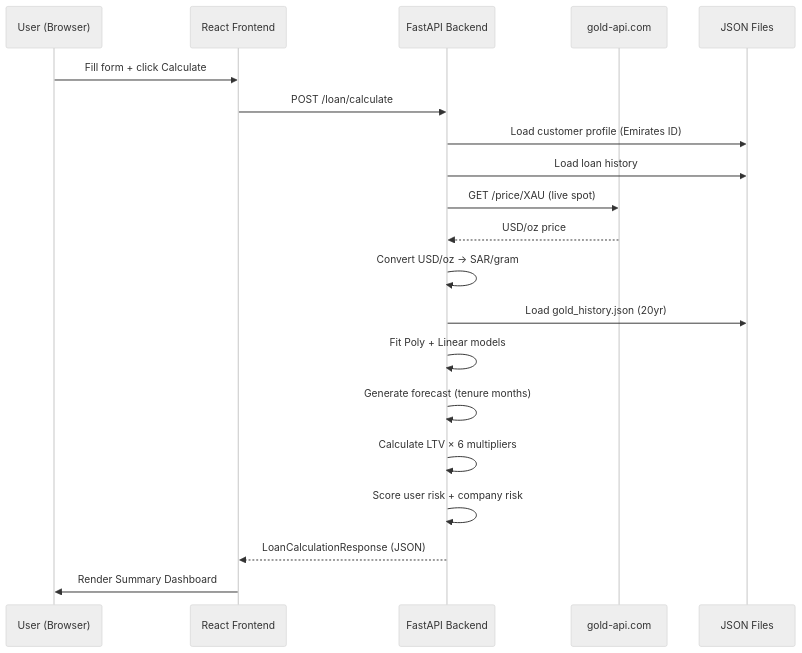
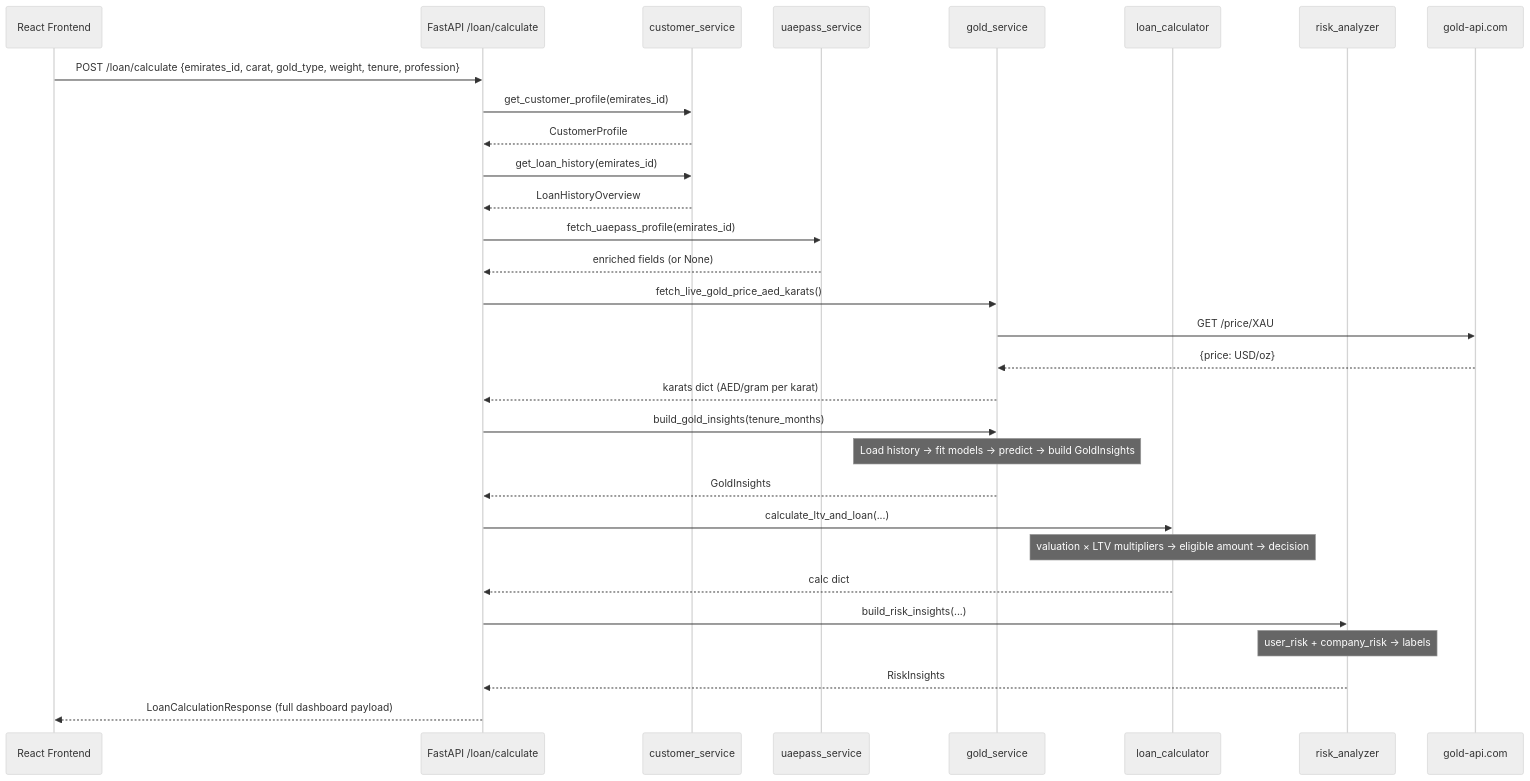
Before and after one commit to ManishKhulbe/GOLD-LTV-AI-calculator: the second of 4 diagrams in docs/ARCHITECTURE.md, drawn with Mermaid (neutral theme). The commit also changed other lines of this file and 9 other files, not shown here.

````diff
--- a/docs/ARCHITECTURE.md
+++ b/docs/ARCHITECTURE.md
@@ -118,23 +136,41 @@
 ```mermaid
 sequenceDiagram
-    participant U as User (Browser)
     participant FE as React Frontend
-    participant BE as FastAPI Backend
-    participant GA as gold-api.com
-    participant FS as JSON Files
+    participant API as FastAPI /loan/calculate
+    participant CS as customer_service
+    participant UP as uaepass_service
+    participant GS as gold_service
+    participant LC as loan_calculator
+    participant RA as risk_analyzer
+    participant EXT as gold-api.com
 
-    U->>FE: Fill form + click Calculate
-    FE->>BE: POST /loan/calculate
-    BE->>FS: Load customer profile (Emirates ID)
-    BE->>FS: Load loan history
-    BE->>GA: GET /price/XAU (live spot)
-    GA-->>BE: USD/oz price
-    BE->>BE: Convert USD/oz → SAR/gram
-    BE->>FS: Load gold_history.json (20yr)
-    BE->>BE: Fit Poly + Linear models
-    BE->>BE: Generate forecast (tenure months)
-    BE->>BE: Calculate LTV × 6 multipliers
-    BE->>BE: Score user risk + company risk
-    BE-->>FE: LoanCalculationResponse (JSON)
-    FE->>U: Render Summary Dashboard
+    FE->>API: POST /loan/calculate {emirates_id, carat, gold_type, weight, tenure, profession}
+
+    API->>CS: get_customer_profile(emirates_id)
+    CS-->>API: CustomerProfile
+
+    API->>CS: get_loan_history(emirates_id)
+    CS-->>API: LoanHistoryOverview
+
+    API->>UP: fetch_uaepass_profile(emirates_id)
+    UP-->>API: enriched fields (or None)
+
+    API->>GS: fetch_live_gold_price_aed_karats()
+    GS->>EXT: GET /price/XAU
+    EXT-->>GS: {price: USD/oz}
+    GS-->>API: karats dict (AED/gram per karat)
+
+    API->>GS: build_gold_insights(tenure_months)
+    Note over GS: Load history → fit models → predict → build GoldInsights
+    GS-->>API: GoldInsights
+
+    API->>LC: calculate_ltv_and_loan(...)
+    Note over LC: valuation × LTV multipliers → eligible amount → decision
+    LC-->>API: calc dict
+
+    API->>RA: build_risk_insights(...)
+    Note over RA: user_risk + company_risk → labels
+    RA-->>API: RiskInsights
+
+    API-->>FE: LoanCalculationResponse (full dashboard payload)
 ```
````
